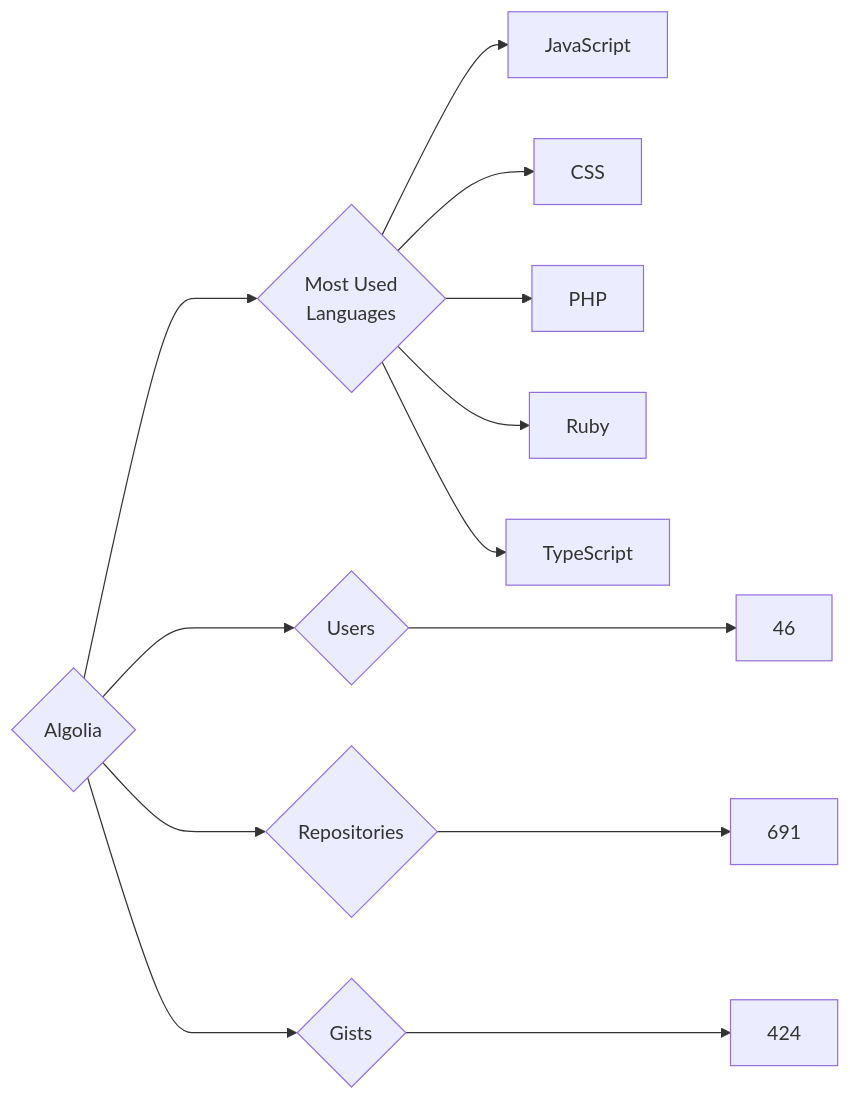
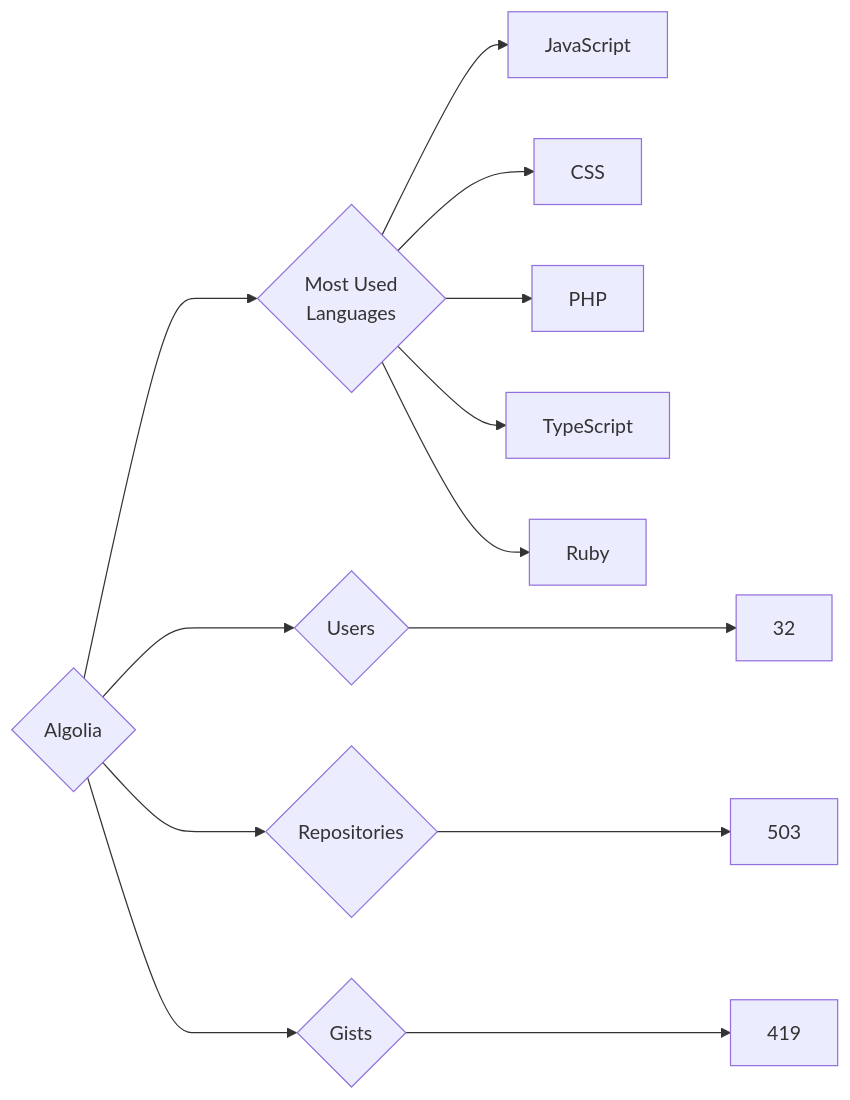
Before and after one commit to trickest/insiders: the diagram in targets/Algolia/README.md, drawn with Mermaid. The commit also changed 874 other files, not shown here.

````diff
--- a/targets/Algolia/README.md
+++ b/targets/Algolia/README.md
@@ -3,13 +3,13 @@
 ```mermaid
 graph LR
 COMPANY_NAME{Algolia}
-COMPANY_NAME ---> U{Users} ---> UN[46]
-COMPANY_NAME ---> R{Repositories} ---> RN[691]
-COMPANY_NAME ---> G{Gists} ---> GN[424]
+COMPANY_NAME ---> U{Users} ---> UN[32]
+COMPANY_NAME ---> R{Repositories} ---> RN[503]
+COMPANY_NAME ---> G{Gists} ---> GN[419]
 COMPANY_NAME ---> ML{Most Used<br>Languages}
 ML --> JavaScript[JavaScript]
 ML --> CSS[CSS]
 ML --> PHP[PHP]
+ML --> TypeScript[TypeScript]
 ML --> Ruby[Ruby]
-ML --> TypeScript[TypeScript]
 ```
````
